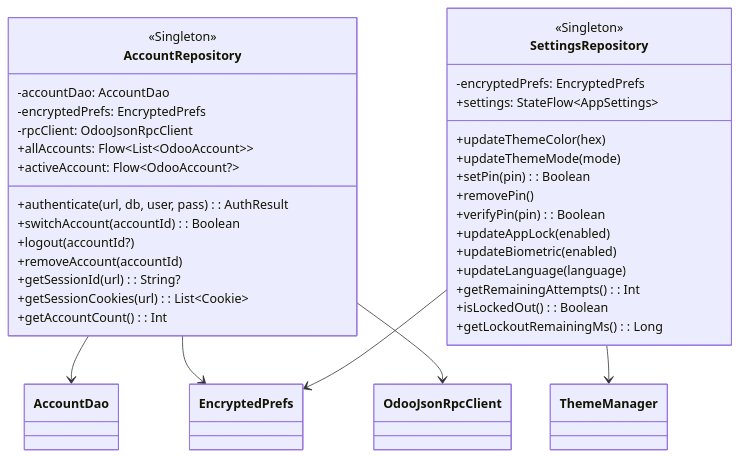
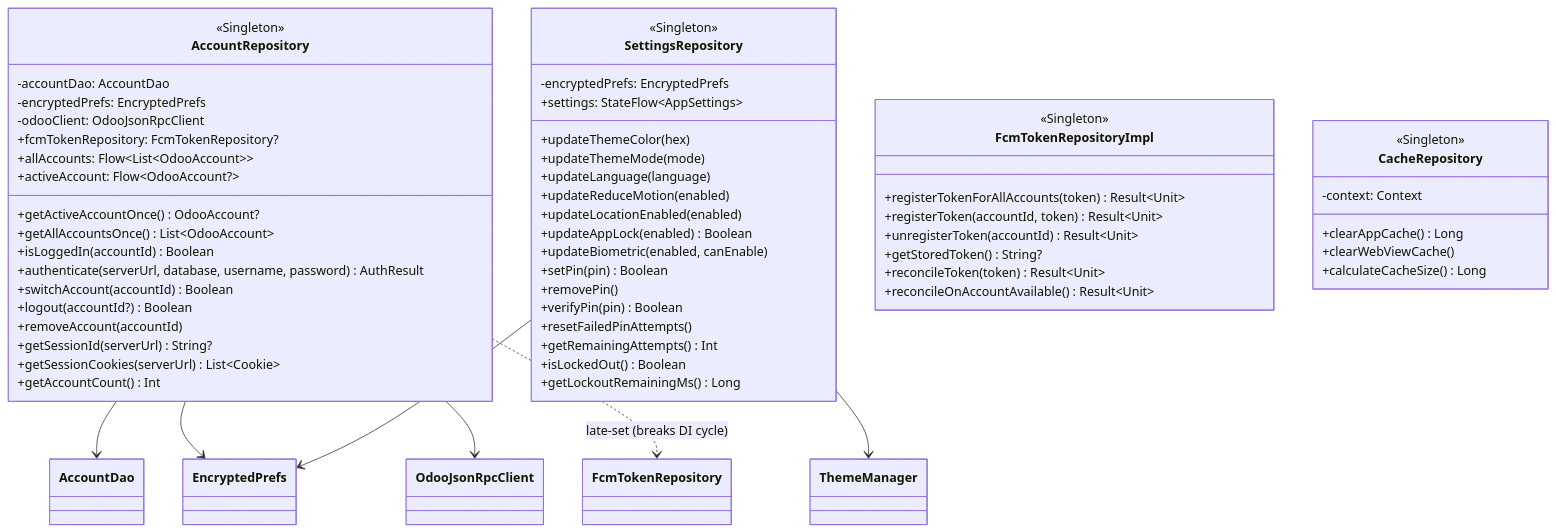
Before and after one commit to WOOWTECH/Woow_odoo_app: diagram 12 of 22 in docs/architecture-overview.md, drawn with Mermaid. The commit also changed other lines of this file, not shown here.

First line of the commit message:
docs(arch): merge v1.4.1 architecture rewrite with audited legacy sections

````diff
--- a/docs/architecture-overview.md
+++ b/docs/architecture-overview.md
@@ -536,41 +658,67 @@
 ```mermaid
 classDiagram
     class AccountRepository {
         <<Singleton>>
         -accountDao: AccountDao
         -encryptedPrefs: EncryptedPrefs
-        -rpcClient: OdooJsonRpcClient
+        -odooClient: OdooJsonRpcClient
+        +fcmTokenRepository: FcmTokenRepository?
         +allAccounts: Flow~List~OdooAccount~~
         +activeAccount: Flow~OdooAccount?~
-        +authenticate(url, db, user, pass): AuthResult
-        +switchAccount(accountId): Boolean
-        +logout(accountId?)
+        +getActiveAccountOnce() OdooAccount?
+        +getAllAccountsOnce() List~OdooAccount~
+        +isLoggedIn(accountId) Boolean
+        +authenticate(serverUrl, database, username, password) AuthResult
+        +switchAccount(accountId) Boolean
+        +logout(accountId?) Boolean
         +removeAccount(accountId)
-        +getSessionId(url): String?
-        +getSessionCookies(url): List~Cookie~
-        +getAccountCount(): Int
+        +getSessionId(serverUrl) String?
+        +getSessionCookies(serverUrl) List~Cookie~
+        +getAccountCount() Int
     }
 
     class SettingsRepository {
         <<Singleton>>
         -encryptedPrefs: EncryptedPrefs
         +settings: StateFlow~AppSettings~
         +updateThemeColor(hex)
         +updateThemeMode(mode)
-        +setPin(pin): Boolean
+        +updateLanguage(language)
+        +updateReduceMotion(enabled)
+        +updateLocationEnabled(enabled)
+        +updateAppLock(enabled) Boolean
+        +updateBiometric(enabled, canEnable)
+        +setPin(pin) Boolean
         +removePin()
-        +verifyPin(pin): Boolean
-        +updateAppLock(enabled)
-        +updateBiometric(enabled)
-        +updateLanguage(language)
-        +getRemainingAttempts(): Int
-        +isLockedOut(): Boolean
-        +getLockoutRemainingMs(): Long
+        +verifyPin(pin) Boolean
+        +resetFailedPinAttempts()
+        +getRemainingAttempts() Int
+        +isLockedOut() Boolean
+        +getLockoutRemainingMs() Long
+    }
+
+    class FcmTokenRepositoryImpl {
+        <<Singleton>>
+        +registerTokenForAllAccounts(token) Result~Unit~
+        +registerToken(accountId, token) Result~Unit~
+        +unregisterToken(accountId) Result~Unit~
+        +getStoredToken() String?
+        +reconcileToken(token) Result~Unit~
+        +reconcileOnAccountAvailable() Result~Unit~
+    }
+
+    class CacheRepository {
+        <<Singleton>>
+        -context: Context
+        +clearAppCache() Long
+        +clearWebViewCache()
+        +calculateCacheSize() Long
     }
 
     AccountRepository --> AccountDao
     AccountRepository --> EncryptedPrefs
     AccountRepository --> OdooJsonRpcClient
+    AccountRepository ..> FcmTokenRepository : late-set (breaks DI cycle)
     SettingsRepository --> EncryptedPrefs
     SettingsRepository --> ThemeManager
 ```
````
